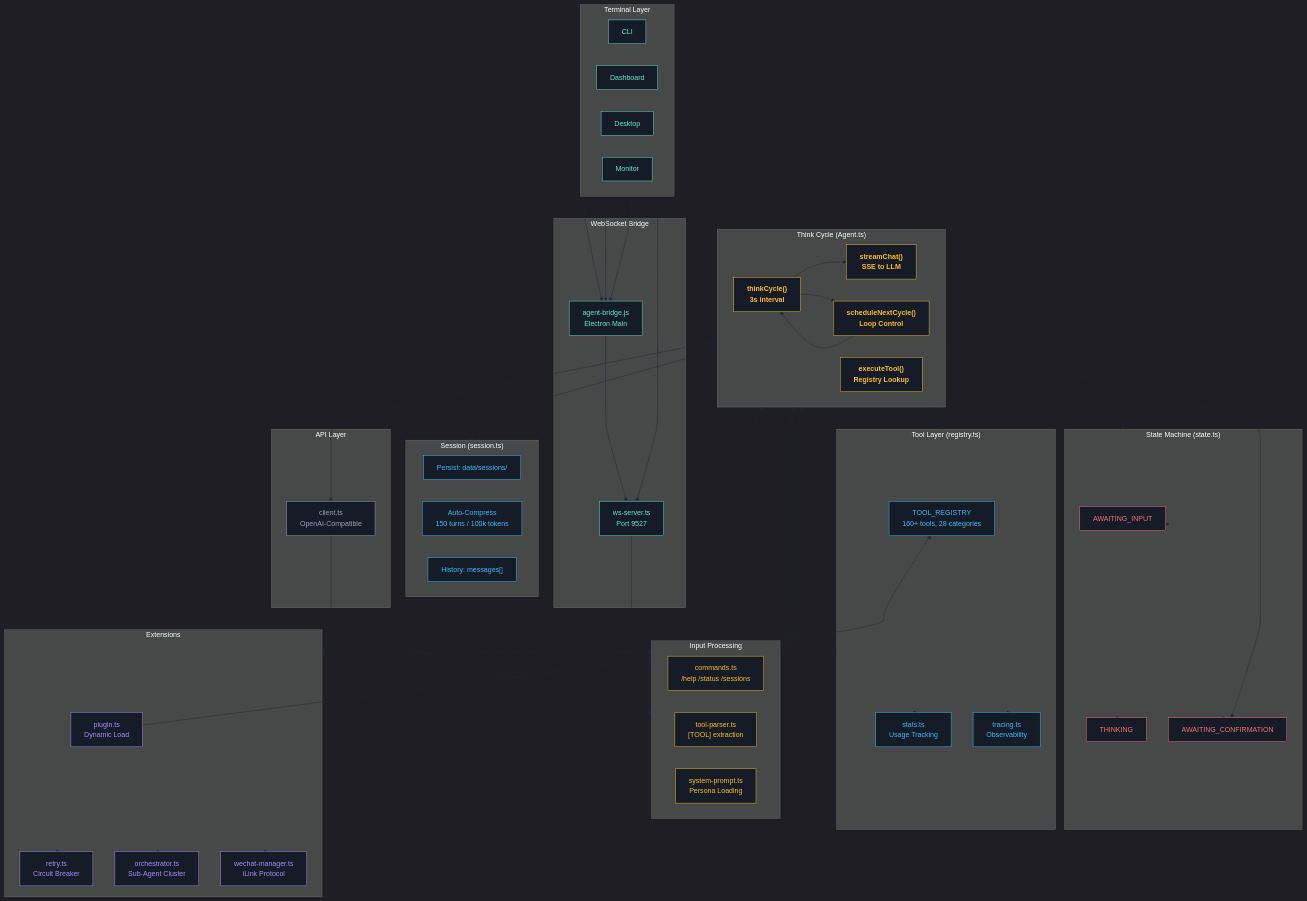
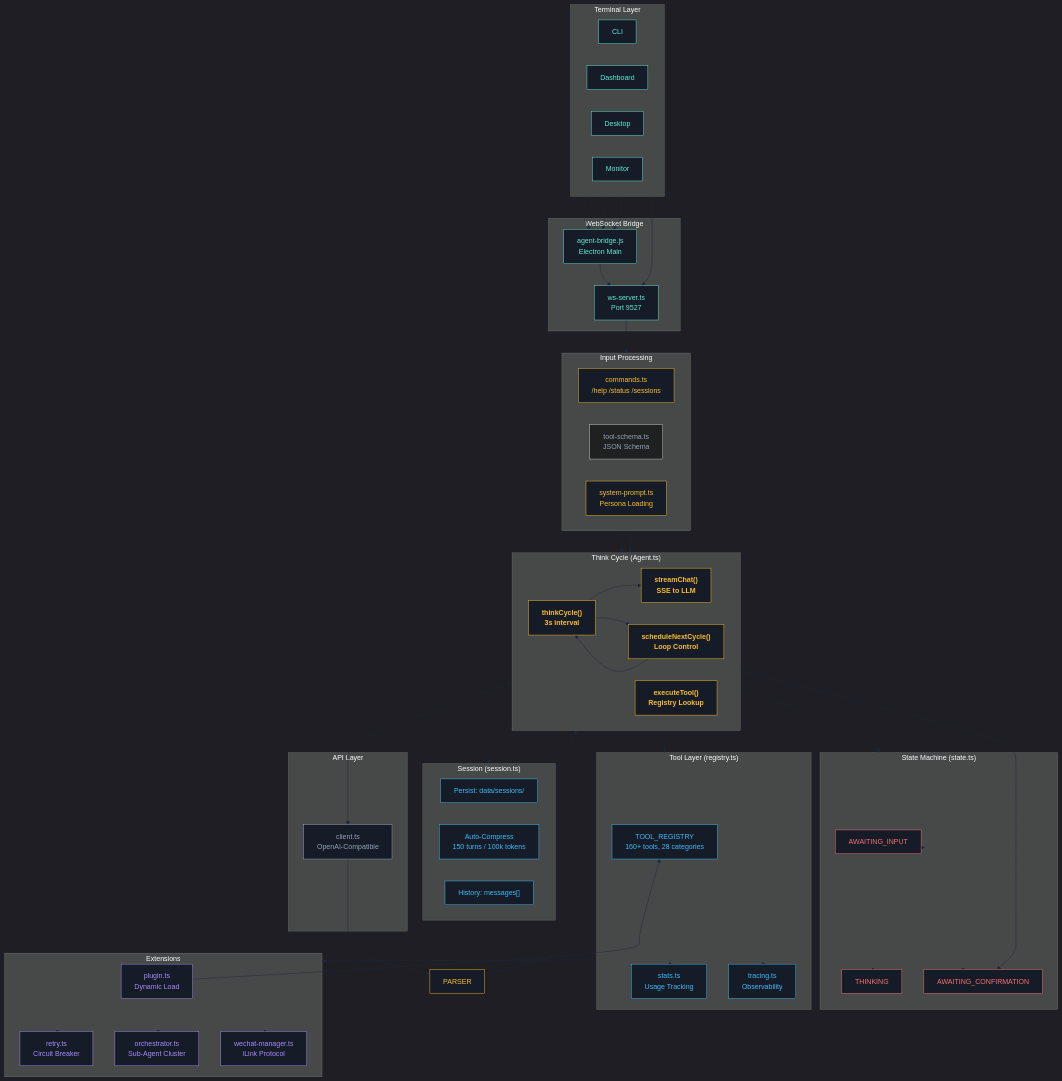
One commit to 1486853830/CogitoAgent changed the second of 3 diagrams in README.md. Above: the diagram before and after it, drawn with Mermaid. The commit also changed other lines of this file and 39 other files, not shown here.

```diff
--- a/README.md
+++ b/README.md
@@ -234,7 +234,7 @@
     subgraph INPUT["Input Processing"]
         direction LR
         CMDS["commands.ts<br/>/help /status /sessions"]
-        PARSER["tool-parser.ts<br/>[TOOL] extraction"]
+        SCHEMA["tool-schema.ts<br/>JSON Schema"]
         PROMPT["system-prompt.ts<br/>Persona Loading"]
     end
 
```
